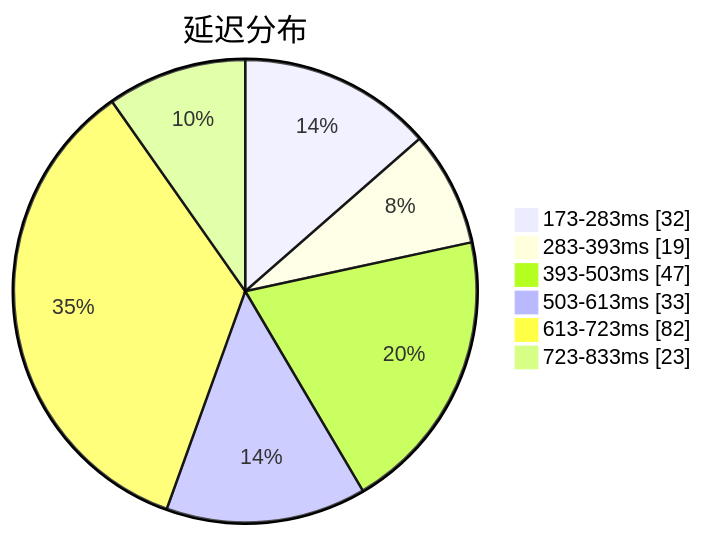
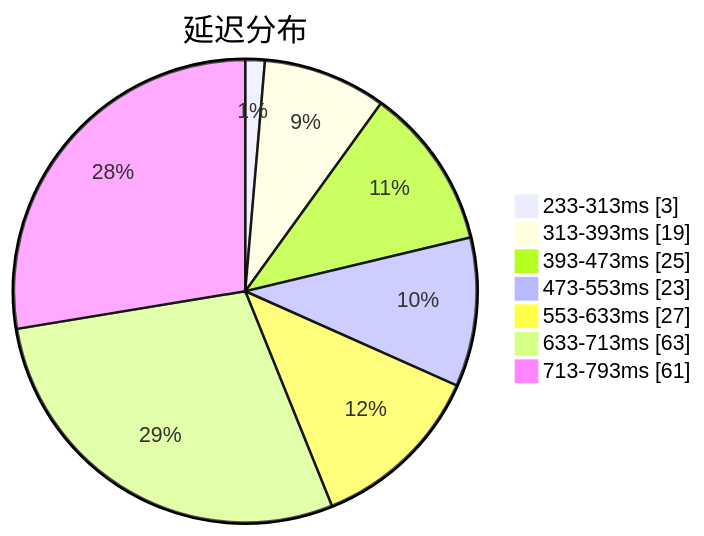
Before and after one commit to qjlxg/airport: the first of 3 diagrams in subs/statistics/tested_within.md, drawn with Mermaid. The commit also changed other lines of this file and 2 other files, not shown here.

````diff
--- a/subs/statistics/tested_within.md
+++ b/subs/statistics/tested_within.md
@@ -2,10 +2,11 @@
 ```mermaid
 pie showData
 title 延迟分布
-"173-283ms" : 32
-"283-393ms" : 19
-"393-503ms" : 47
-"503-613ms" : 33
-"613-723ms" : 82
-"723-833ms" : 23
+"233-313ms" : 3
+"313-393ms" : 19
+"393-473ms" : 25
+"473-553ms" : 23
+"553-633ms" : 27
+"633-713ms" : 63
+"713-793ms" : 61
 ```
````
